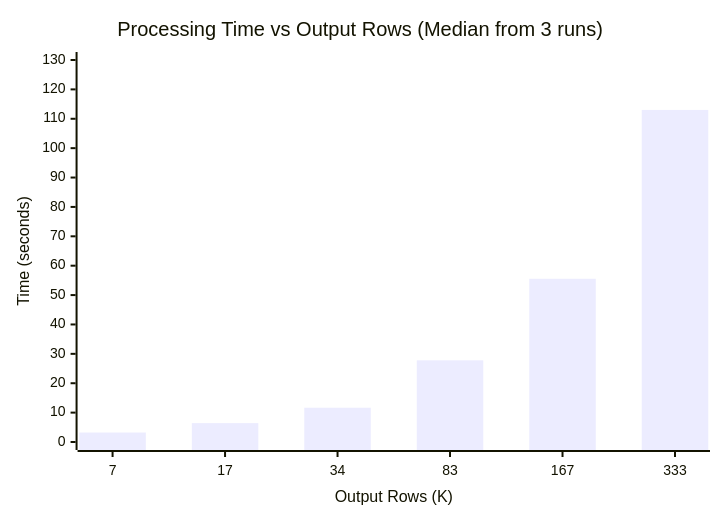
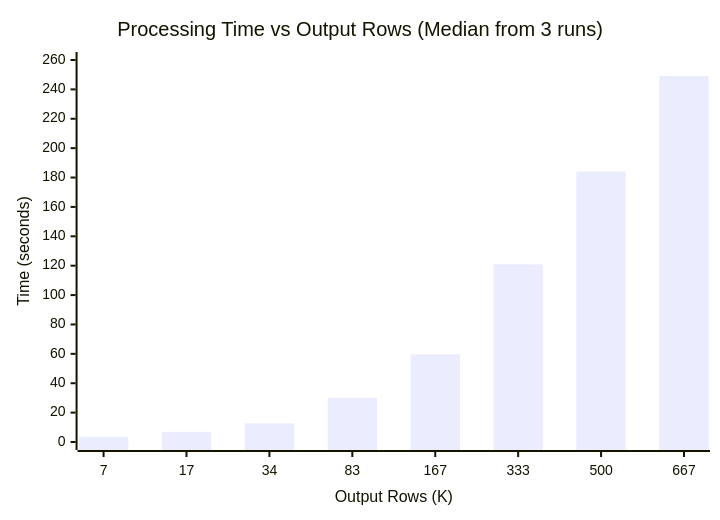
One commit to jordigilh/poc-parquet-aggregator changed the third of 3 diagrams in docs/benchmarks/OCP_ON_AWS_BENCHMARK_RESULTS.md. Above: the diagram before and after it, drawn with Mermaid. The commit also changed other lines of this file, not shown here.

````diff
--- a/docs/benchmarks/OCP_ON_AWS_BENCHMARK_RESULTS.md
+++ b/docs/benchmarks/OCP_ON_AWS_BENCHMARK_RESULTS.md
@@ -164,7 +172,7 @@
 ```mermaid
 xychart-beta
     title "Processing Time vs Output Rows (Median from 3 runs)"
-    x-axis "Output Rows (K)" [7, 17, 34, 83, 167, 333]
-    y-axis "Time (seconds)" 0 --> 130
-    bar [3.23, 6.42, 11.67, 27.79, 55.54, 113.01]
+    x-axis "Output Rows (K)" [7, 17, 34, 83, 167, 333, 500, 667]
+    y-axis "Time (seconds)" 0 --> 260
+    bar [3.52, 6.91, 12.74, 30.09, 59.67, 120.97, 184.10, 249.18]
 ```
````
